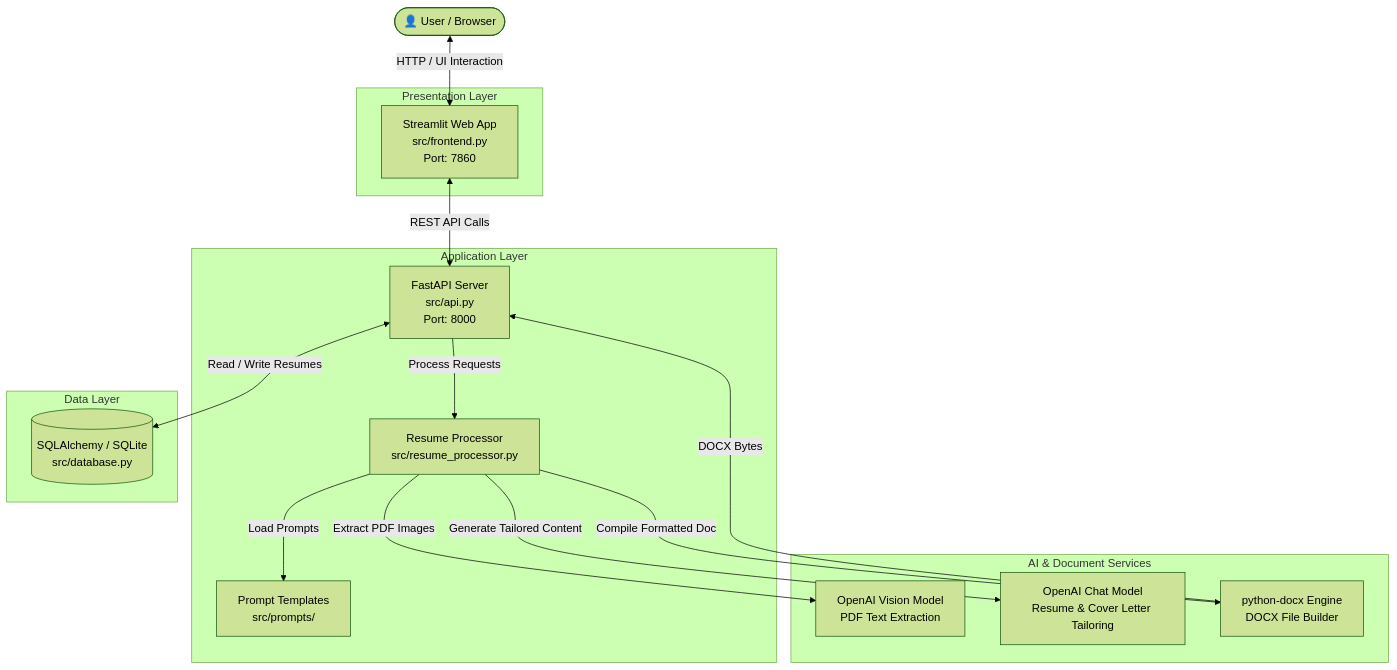
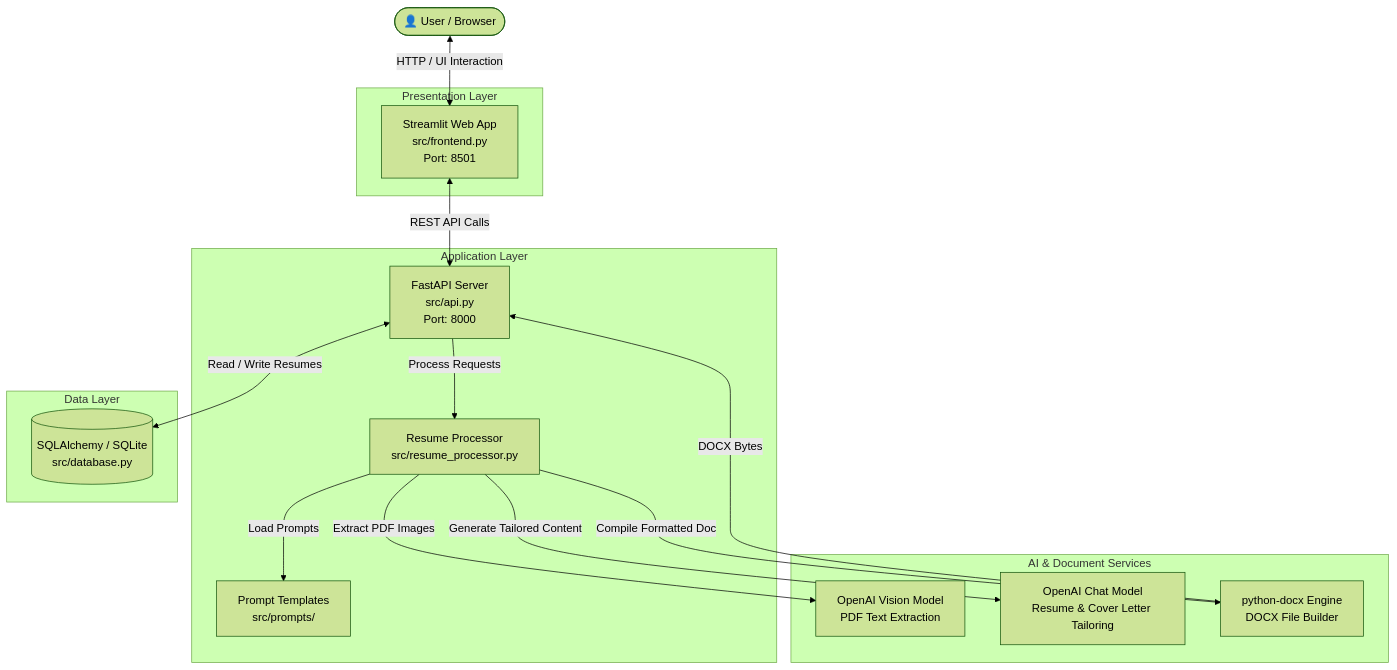
One commit to dreww01/resume-maker changed the first of 3 diagrams in docs/ARCHITECTURE.md. Above: the diagram before and after it, drawn with Mermaid (forest theme). The commit also changed 3 other files, not shown here.

Commit message:
docs(readme): standardize streamlit frontend port to 8501 (resolves #REV-08)

````diff
--- a/docs/ARCHITECTURE.md
+++ b/docs/ARCHITECTURE.md
@@ -11,34 +11,34 @@
 ```mermaid
 flowchart TD
     User([👤 User / Browser])
 
     subgraph Frontend [Presentation Layer]
-        UI[Streamlit Web App\nsrc/frontend.py\nPort: 7860]
+        UI[Streamlit Web App\nsrc/frontend.py\nPort: 8501]
     end
 
     subgraph Backend [Application Layer]
         API[FastAPI Server\nsrc/api.py\nPort: 8000]
         Processor[Resume Processor\nsrc/resume_processor.py]
         Prompts[Prompt Templates\nsrc/prompts/]
     end
 
     subgraph Storage [Data Layer]
         DB[(SQLAlchemy / SQLite\nsrc/database.py)]
     end
 
     subgraph External [AI & Document Services]
         VisionAI[OpenAI Vision Model\nPDF Text Extraction]
         ChatAI[OpenAI Chat Model\nResume & Cover Letter Tailoring]
         DocxGen[python-docx Engine\nDOCX File Builder]
     end
 
     User <-->|HTTP / UI Interaction| UI
     UI <-->|REST API Calls| API
     API <-->|Read / Write Resumes| DB
     API -->|Process Requests| Processor
     Processor -->|Load Prompts| Prompts
     Processor -->|Extract PDF Images| VisionAI
     Processor -->|Generate Tailored Content| ChatAI
     Processor -->|Compile Formatted Doc| DocxGen
     DocxGen -->|DOCX Bytes| API
 ```
````
